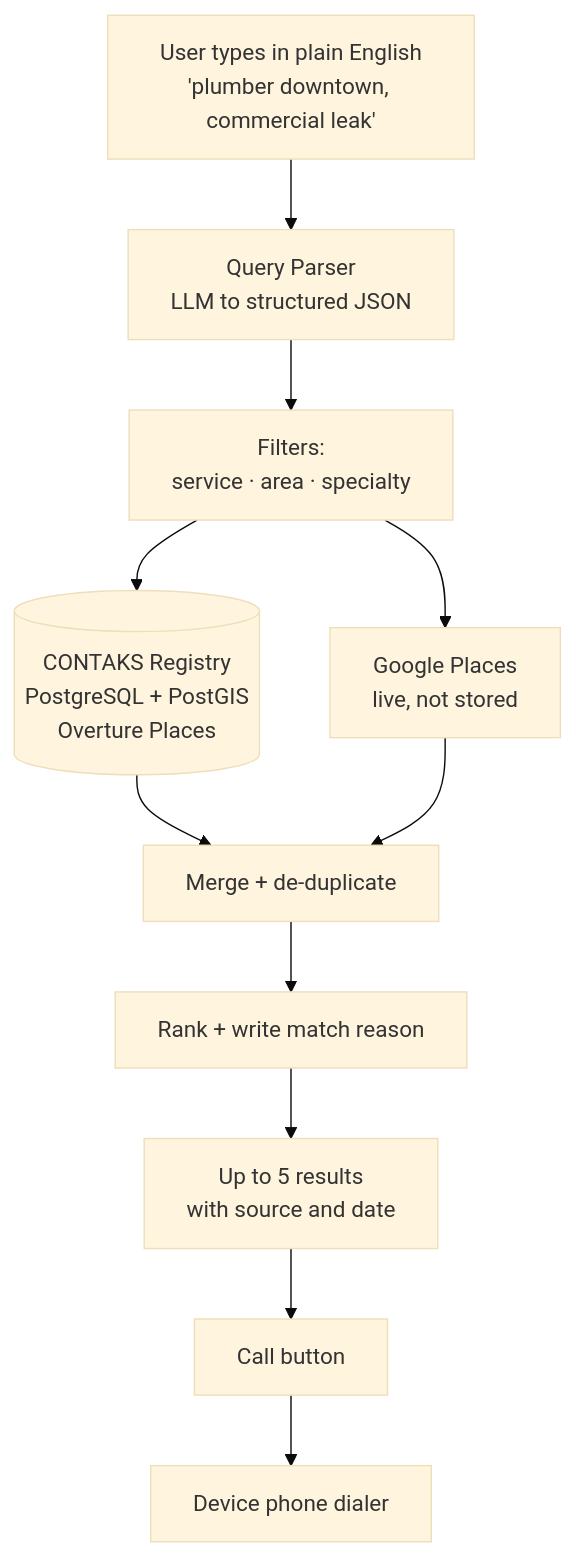
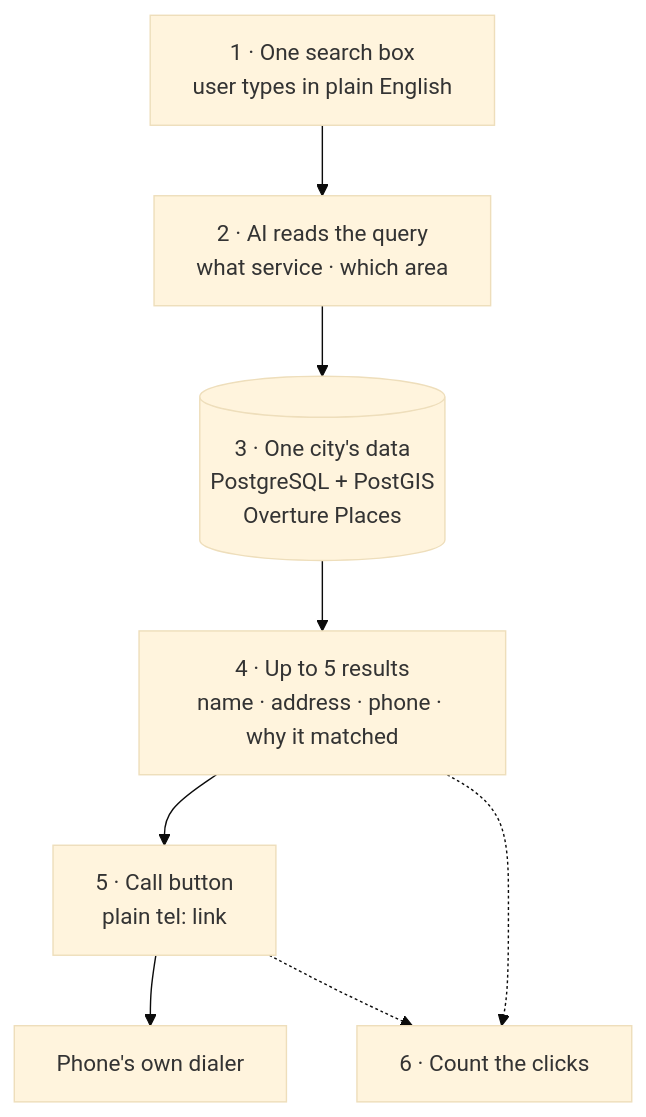
One commit to Taimoor-Kamran/CONTAKS changed the first of 2 diagrams in README.md. Above: the diagram before and after it, drawn with Mermaid (base theme). The commit also changed other lines of this file, not shown here.

````diff
--- a/README.md
+++ b/README.md
@@ -331,13 +326,10 @@
 ```mermaid
 flowchart TD
-    U["User types in plain English<br/>'plumber downtown, commercial leak'"] --> P["Query Parser<br/>LLM to structured JSON"]
-    P --> F["Filters:<br/>service · area · specialty"]
-    F --> DB[("CONTAKS Registry<br/>PostgreSQL + PostGIS<br/>Overture Places")]
-    F --> G["Google Places<br/>live, not stored"]
-    DB --> M["Merge + de-duplicate"]
-    G --> M
-    M --> R["Rank + write match reason"]
-    R --> UI["Up to 5 results<br/>with source and date"]
-    UI --> C["Call button"]
-    C --> PH["Device phone dialer"]
+    U["1 · One search box<br/>user types in plain English"] --> AI["2 · AI reads the query<br/>what service · which area"]
+    AI --> DB[("3 · One city's data<br/>PostgreSQL + PostGIS<br/>Overture Places")]
+    DB --> R["4 · Up to 5 results<br/>name · address · phone · why it matched"]
+    R --> C["5 · Call button<br/>plain tel: link"]
+    C --> PH["Phone's own dialer"]
+    R -.-> AN["6 · Count the clicks"]
+    C -.-> AN
 ```
````
